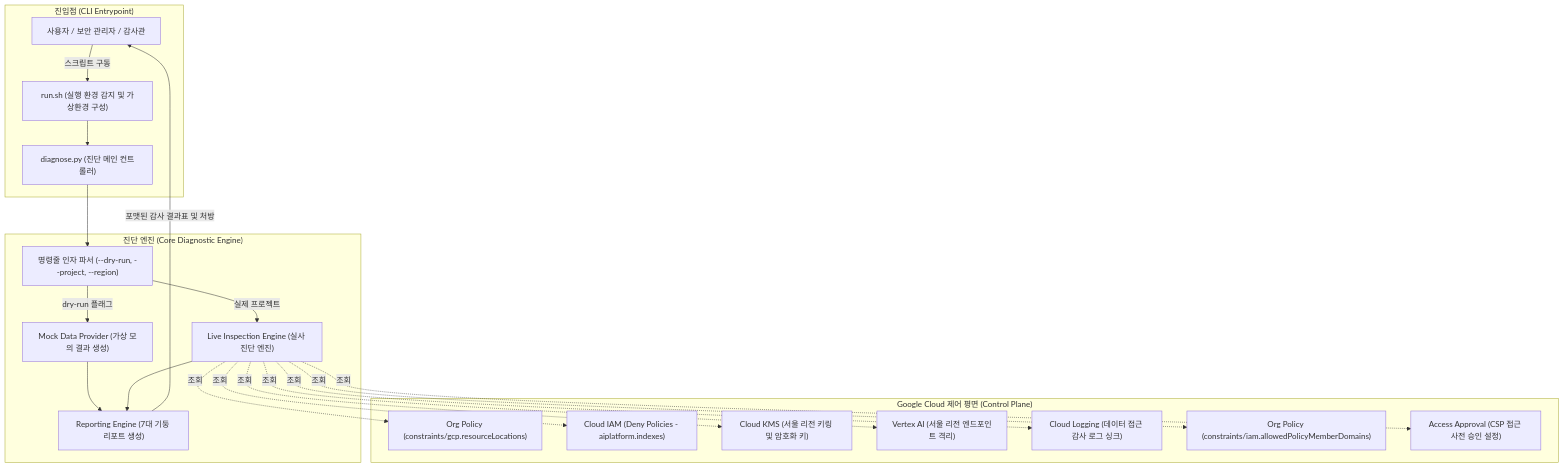
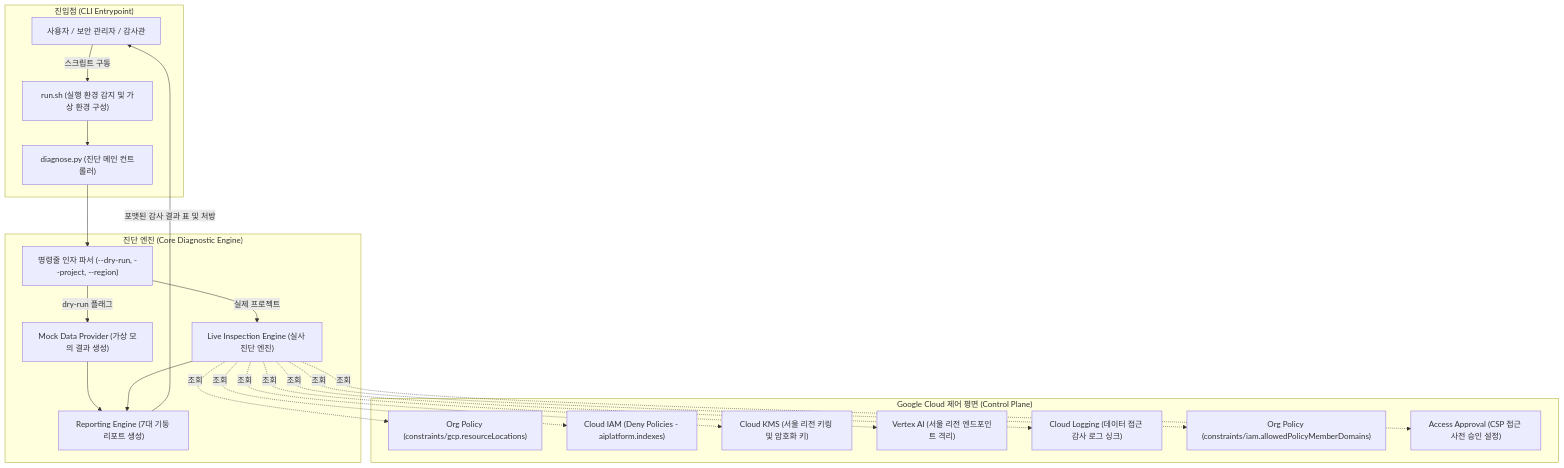
One commit to jiangjun-forge/google-cloud-0-to-1 changed the diagram in samples/korea-nct-gen-ai-compliance-checker/docs/TDD.md. Above: the diagram before and after it, drawn with Mermaid. The commit also changed other lines of this file and 13 other files, not shown here.

````diff
--- a/samples/korea-nct-gen-ai-compliance-checker/docs/TDD.md
+++ b/samples/korea-nct-gen-ai-compliance-checker/docs/TDD.md
@@ -33,41 +33,41 @@
 ```mermaid
 flowchart TD
     subgraph CLI_Entry["진입점 (CLI Entrypoint)"]
         User["사용자 / 보안 관리자 / 감사관"]
-        RunSh["run.sh (실행 환경 감지 및 가상환경 구성)"]
+        RunSh["run.sh (실행 환경 감지 및 가상 환경 구성)"]
         DiagnosePy["diagnose.py (진단 메인 컨트롤러)"]
     end
 
     subgraph Core_Engine["진단 엔진 (Core Diagnostic Engine)"]
         ArgParser["명령줄 인자 파서 (--dry-run, --project, --region)"]
         MockProvider["Mock Data Provider (가상 모의 결과 생성)"]
         LiveScanner["Live Inspection Engine (실사 진단 엔진)"]
         Reporter["Reporting Engine (7대 기둥 리포트 생성)"]
     end
 
     subgraph GCP_Control_Plane["Google Cloud 제어 평면 (Control Plane)"]
         Org_Location["Org Policy (constraints/gcp.resourceLocations)"]
         IAM_Deny["Cloud IAM (Deny Policies - aiplatform.indexes)"]
         Cloud_KMS["Cloud KMS (서울 리전 키링 및 암호화 키)"]
         Vertex_Endpoint["Vertex AI (서울 리전 엔드포인트 격리)"]
         Audit_Logs["Cloud Logging (데이터 접근 감사 로그 싱크)"]
         Org_Domains["Org Policy (constraints/iam.allowedPolicyMemberDomains)"]
         Access_Approval["Access Approval (CSP 접근 사전 승인 설정)"]
     end
 
     User -->|스크립트 구동| RunSh
     RunSh --> DiagnosePy
     DiagnosePy --> ArgParser
     ArgParser -->|dry-run 플래그| MockProvider
     ArgParser -->|실제 프로젝트| LiveScanner
     LiveScanner -.->|조회| Org_Location
     LiveScanner -.->|조회| IAM_Deny
     LiveScanner -.->|조회| Cloud_KMS
     LiveScanner -.->|조회| Vertex_Endpoint
     LiveScanner -.->|조회| Audit_Logs
     LiveScanner -.->|조회| Org_Domains
     LiveScanner -.->|조회| Access_Approval
     MockProvider --> Reporter
     LiveScanner --> Reporter
-    Reporter -->|포맷된 감사 결과표 및 처방| User
+    Reporter -->|포맷된 감사 결과 표 및 처방| User
 ```
````
